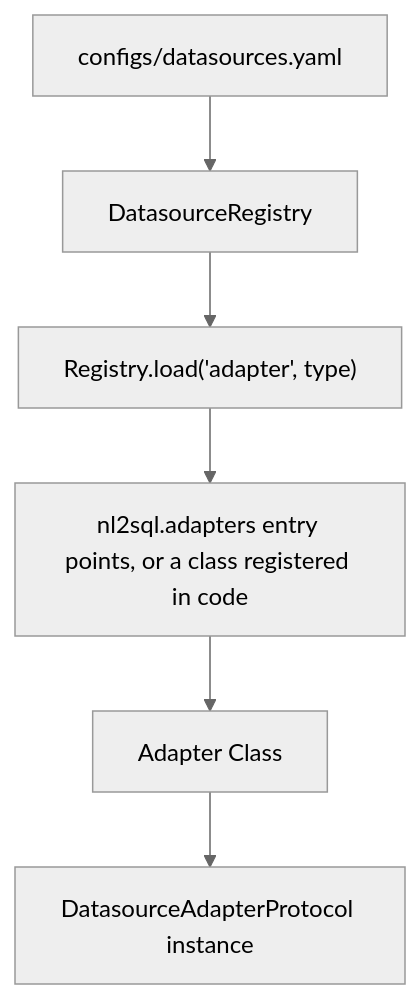
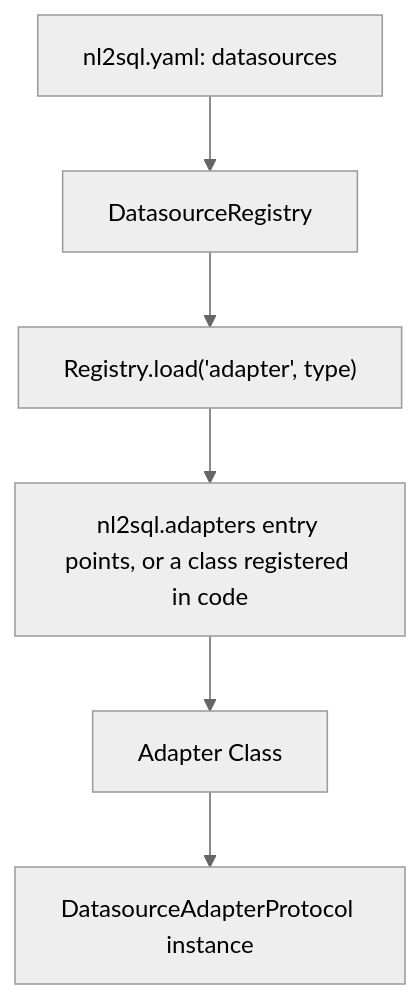
One commit to nadeem4/nl2sql changed the first of 3 diagrams in docs/adapters/architecture.md. Above: the diagram before and after it, drawn with Mermaid (neutral theme). The commit also changed other lines of this file and 244 other files, not shown here.

````diff
--- a/docs/adapters/architecture.md
+++ b/docs/adapters/architecture.md
@@ -7,8 +7,8 @@
 ```mermaid
 flowchart TD
-    Config[configs/datasources.yaml] --> Registry[DatasourceRegistry]
+    Config["nl2sql.yaml: datasources"] --> Registry[DatasourceRegistry]
     Registry --> Lookup["Registry.load('adapter', type)"]
     Lookup --> EntryPoints["nl2sql.adapters entry points, or a class registered in code"]
     EntryPoints --> AdapterClass[Adapter Class]
     AdapterClass --> AdapterInstance[DatasourceAdapterProtocol instance]
 ```
````
